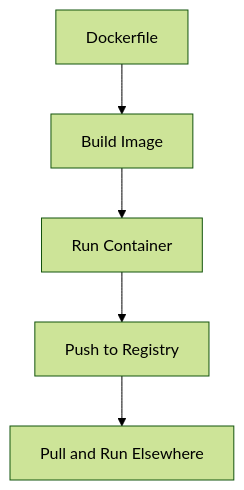
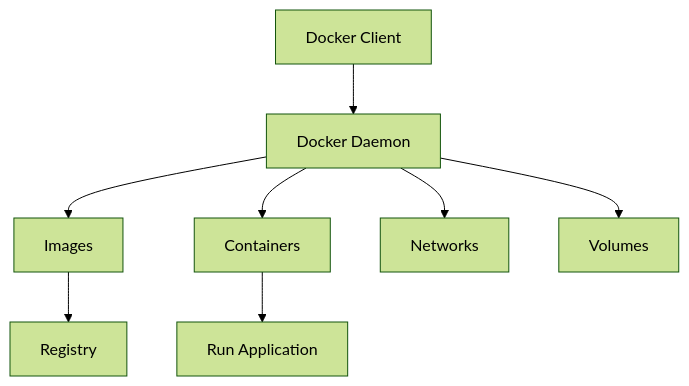
The diagram in docker-containerization/README.md (VrushankPatel/interview-matters), drawn with Mermaid (forest theme) before and after one commit. The commit also changed other lines of this file and 5 other files, not shown here.

Commit message:
kb: add/update topics kubernetes-basics, docker-containerization, restful-api-design, graphql-apis, oauth-2-0-implementation

````diff
--- a/docker-containerization/README.md
+++ b/docker-containerization/README.md
@@ -24,7 +34,10 @@
 ```mermaid
 graph TD
-    A[Dockerfile] --> B[Build Image]
-    B --> C[Run Container]
-    C --> D[Push to Registry]
-    D --> E[Pull and Run Elsewhere]
+    A[Docker Client] --> B[Docker Daemon]
+    B --> C[Images]
+    B --> D[Containers]
+    B --> E[Networks]
+    B --> F[Volumes]
+    C --> G[Registry]
+    D --> H[Run Application]
 ```
````
